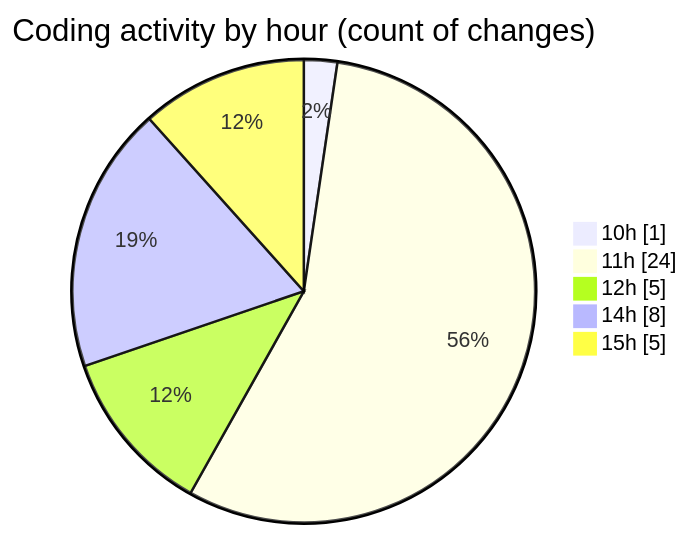
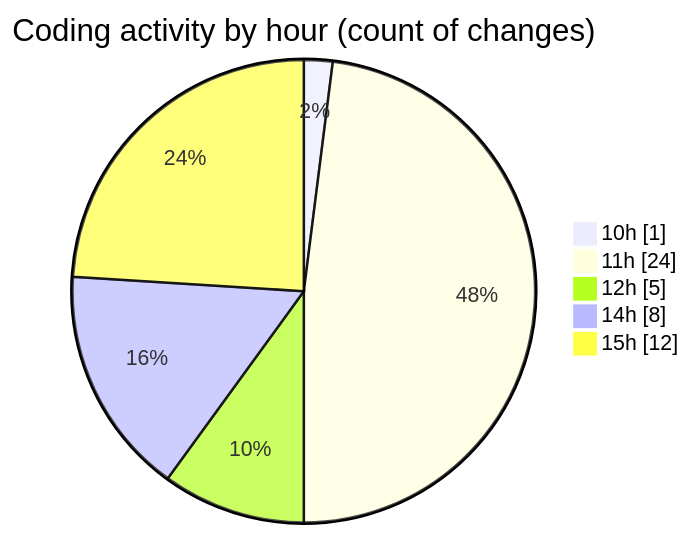
One commit to debugP/code-tracking changed the second of 2 diagrams in 2025-10-03/untitled__workspace_/README.md. Above: the diagram before and after it, drawn with Mermaid. The commit also changed other lines of this file and 1 other file, not shown here.

````diff
--- a/2025-10-03/untitled__workspace_/README.md
+++ b/2025-10-03/untitled__workspace_/README.md
@@ -30,9 +31,9 @@
 ```mermaid
 pie showData
 title Coding activity by hour (count of changes)
 "10h" : 1
 "11h" : 24
 "12h" : 5
 "14h" : 8
-"15h" : 5
+"15h" : 12
 ```
````
